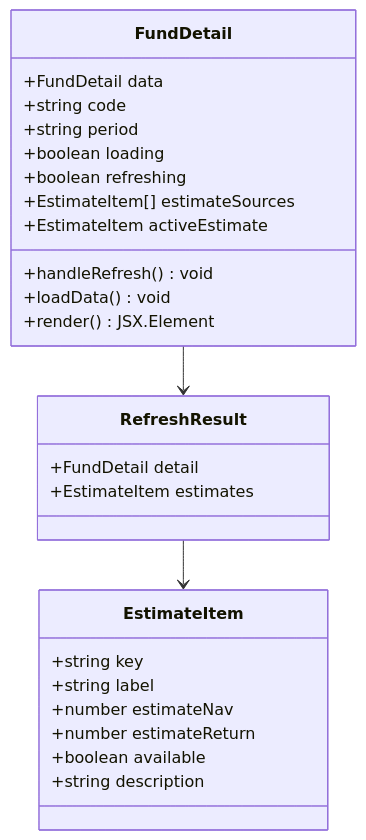
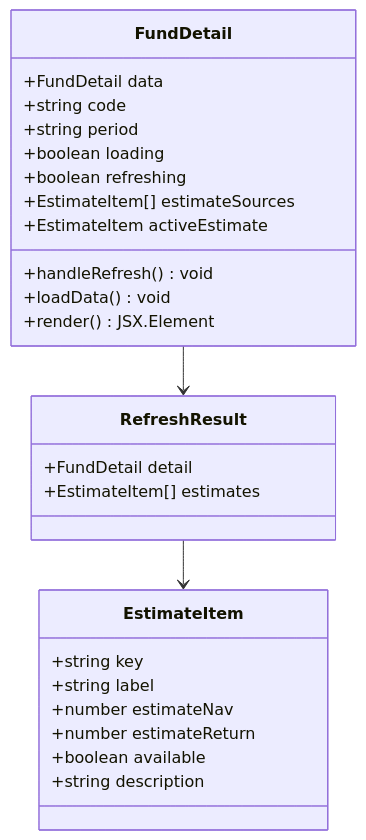
Diagram 11 of 20 in .qoder/repowiki/zh/content/核心功能开发/前端投资组合管理增强.md (gree-coder/fund-butler), drawn with Mermaid before and after one commit. The commit also changed other lines of this file and 21 other files, not shown here.

````diff
--- a/.qoder/repowiki/zh/content/核心功能开发/前端投资组合管理增强.md
+++ b/.qoder/repowiki/zh/content/核心功能开发/前端投资组合管理增强.md
@@ -433,29 +564,29 @@
 ```mermaid
 classDiagram
 class FundDetail {
 +FundDetail data
 +string code
 +string period
 +boolean loading
 +boolean refreshing
 +EstimateItem[] estimateSources
 +EstimateItem activeEstimate
 +handleRefresh() void
 +loadData() void
 +render() JSX.Element
 }
 class RefreshResult {
 +FundDetail detail
-+EstimateItem estimates
++EstimateItem[] estimates
 }
 class EstimateItem {
 +string key
 +string label
 +number estimateNav
 +number estimateReturn
 +boolean available
 +string description
 }
 FundDetail --> RefreshResult
 RefreshResult --> EstimateItem
 ```
````
